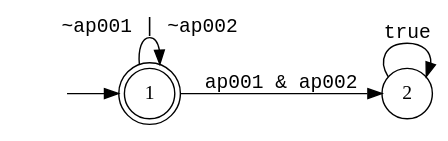
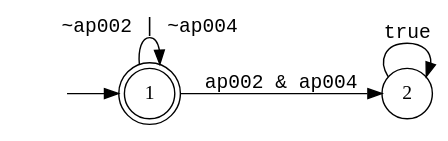
The diagram in cais_spade_llm/safety/SAFE_1_dfa.dot (cais-psu/cais-spade-llm), drawn with Graphviz before and after one commit. The commit also changed 23 other files, not shown here.

```diff
--- a/cais_spade_llm/safety/SAFE_1_dfa.dot
+++ b/cais_spade_llm/safety/SAFE_1_dfa.dot
@@ -1,14 +1,14 @@
 digraph MONA_DFA {
  rankdir = LR;
  center = true;
  size = "7.5,10.5";
  edge [fontname = Courier];
  node [height = .5, width = .5];
  node [shape = doublecircle]; 1;
  node [shape = circle]; 1;
  init [shape = plaintext, label = ""];
  init -> 1;
- 1 -> 1 [label="~ap001 | ~ap002"];
- 1 -> 2 [label="ap001 & ap002"];
+ 1 -> 1 [label="~ap002 | ~ap004"];
+ 1 -> 2 [label="ap002 & ap004"];
  2 -> 2 [label="true"];
 }
```
